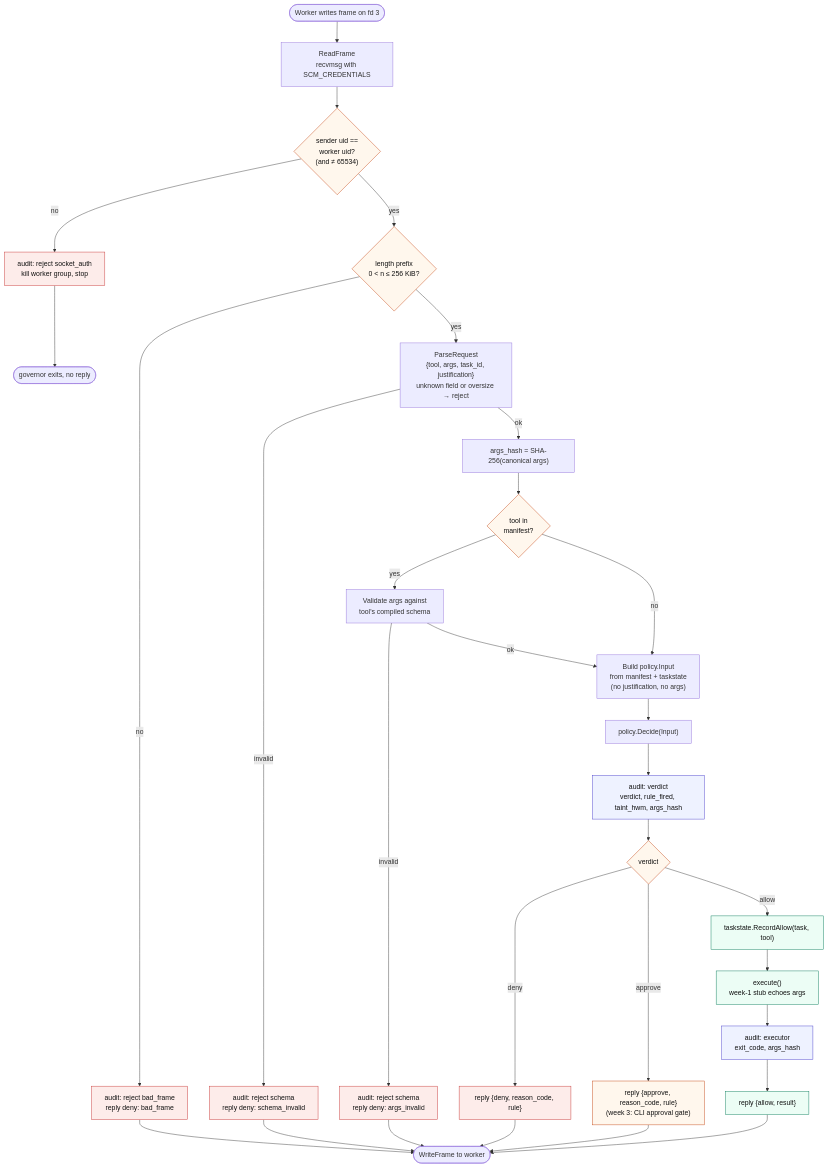
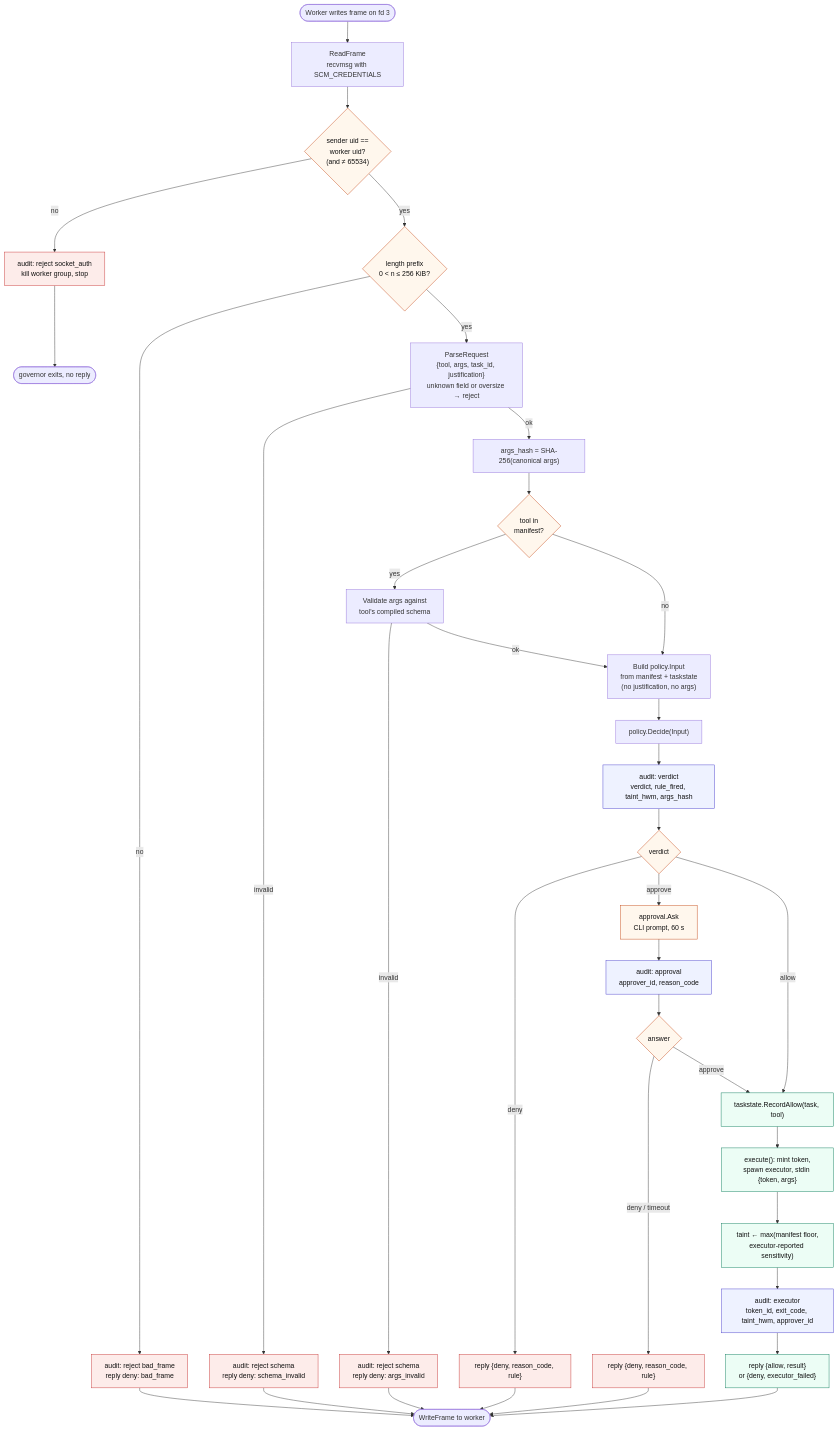
The third of 7 diagrams in docs/ARCHITECTURE.md (therealnoof/agent-perimeter-), drawn with Mermaid before and after one commit. The commit also changed other lines of this file and 8 other files, not shown here.

First line of the commit message:
Week 3 close-out: docs, diagrams, test plan, log

````diff
--- a/docs/ARCHITECTURE.md
+++ b/docs/ARCHITECTURE.md
@@ -116,43 +143,49 @@
 ```mermaid
 flowchart TD
     R0([Worker writes frame on fd 3]) --> R1
 
     R1["ReadFrame<br/>recvmsg with SCM_CREDENTIALS"]
     R1 --> C1{"sender uid ==<br/>worker uid?<br/>(and ≠ 65534)"}
     C1 -- no --> X1["audit: reject socket_auth<br/>kill worker group, stop"]
     C1 -- yes --> C2{"length prefix<br/>0 < n ≤ 256 KiB?"}
     C2 -- no --> X2["audit: reject bad_frame<br/>reply deny: bad_frame"]
     C2 -- yes --> R2["ParseRequest<br/>{tool, args, task_id, justification}<br/>unknown field or oversize → reject"]
     R2 -- invalid --> X3["audit: reject schema<br/>reply deny: schema_invalid"]
     R2 -- ok --> R3["args_hash = SHA-256(canonical args)"]
     R3 --> C3{"tool in<br/>manifest?"}
     C3 -- yes --> R4["Validate args against<br/>tool's compiled schema"]
     R4 -- invalid --> X4["audit: reject schema<br/>reply deny: args_invalid"]
     C3 -- no --> R5
     R4 -- ok --> R5
 
     R5["Build policy.Input<br/>from manifest + taskstate<br/>(no justification, no args)"]
     R5 --> R6["policy.Decide(Input)"]
     R6 --> A1["audit: verdict<br/>verdict, rule_fired, taint_hwm, args_hash"]
     A1 --> V{verdict}
 
     V -- deny --> X5["reply {deny, reason_code, rule}"]
-    V -- approve --> X6["reply {approve, reason_code, rule}<br/>(week 3: CLI approval gate)"]
+    X6["reply {deny, reason_code, rule}"]
+    V -- approve --> AP["approval.Ask<br/>CLI prompt, 60 s"]
+    AP --> A3["audit: approval<br/>approver_id, reason_code"]
+    A3 --> AQ{answer}
+    AQ -- deny / timeout --> X6
+    AQ -- approve --> R7
     V -- allow --> R7["taskstate.RecordAllow(task, tool)"]
-    R7 --> R8["execute()<br/>week-1 stub echoes args"]
-    R8 --> A2["audit: executor<br/>exit_code, args_hash"]
-    A2 --> X7["reply {allow, result}"]
+    R7 --> R8["execute(): mint token,<br/>spawn executor, stdin {token, args}"]
+    R8 --> R8b["taint ← max(manifest floor,<br/>executor-reported sensitivity)"]
+    R8b --> A2["audit: executor<br/>token_id, exit_code, taint_hwm, approver_id"]
+    A2 --> X7["reply {allow, result}<br/>or {deny, executor_failed}"]
 
     X2 & X3 & X4 & X5 & X6 & X7 --> R9([WriteFrame to worker])
     X1 --> R10([governor exits, no reply])
 
     classDef check fill:#fff7ed,stroke:#c2410c,color:#111;
     classDef stop fill:#fdecea,stroke:#c53030,color:#111;
     classDef ok fill:#ecfdf5,stroke:#047857,color:#111;
     classDef audit fill:#eef2ff,stroke:#4338ca,color:#111;
     class C1,C2,C3,V check;
-    class X1,X2,X3,X4,X5 stop;
-    class X6 check;
-    class X7,R7,R8 ok;
-    class A1,A2 audit;
+    class X1,X2,X3,X4,X5,X6 stop;
+    class AP,AQ check;
+    class X7,R7,R8,R8b ok;
+    class A1,A2,A3 audit;
 ```
````
